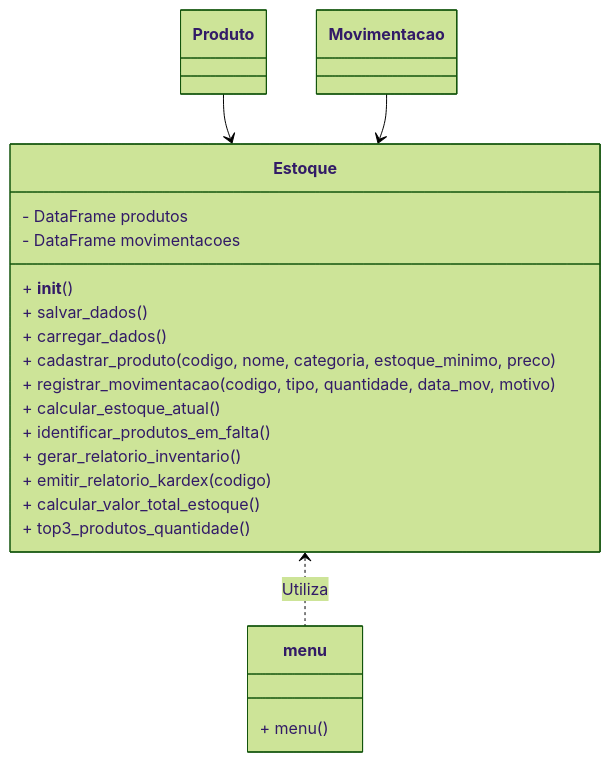
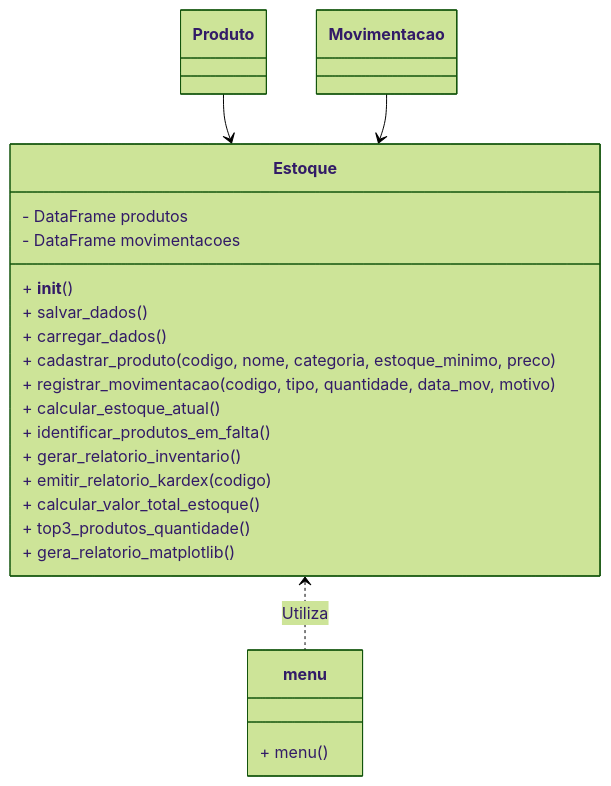
The diagram in projeto_08_gestao_estoque/diagramas/classe.md (higorferreirarn/projeto_08_gestao_estoque), drawn with Mermaid (forest theme) before and after one commit. The commit also changed 4 other files, not shown here.

````diff
--- a/projeto_08_gestao_estoque/diagramas/classe.md
+++ b/projeto_08_gestao_estoque/diagramas/classe.md
@@ -4,29 +4,30 @@
 ```mermaid
 
 classDiagram
     class Estoque {
         - DataFrame produtos
         - DataFrame movimentacoes
         + __init__()
         + salvar_dados()
         + carregar_dados()
         + cadastrar_produto(codigo, nome, categoria, estoque_minimo, preco)
         + registrar_movimentacao(codigo, tipo, quantidade, data_mov, motivo)
         + calcular_estoque_atual()
         + identificar_produtos_em_falta()
         + gerar_relatorio_inventario()
         + emitir_relatorio_kardex(codigo)
         + calcular_valor_total_estoque()
         + top3_produtos_quantidade()
+        + gera_relatorio_matplotlib()
     }
 
     Produto --> Estoque
     Movimentacao --> Estoque
 
     class menu {
         + menu()
     }
 
     Estoque <.. menu : Utiliza
 
 ```
````
